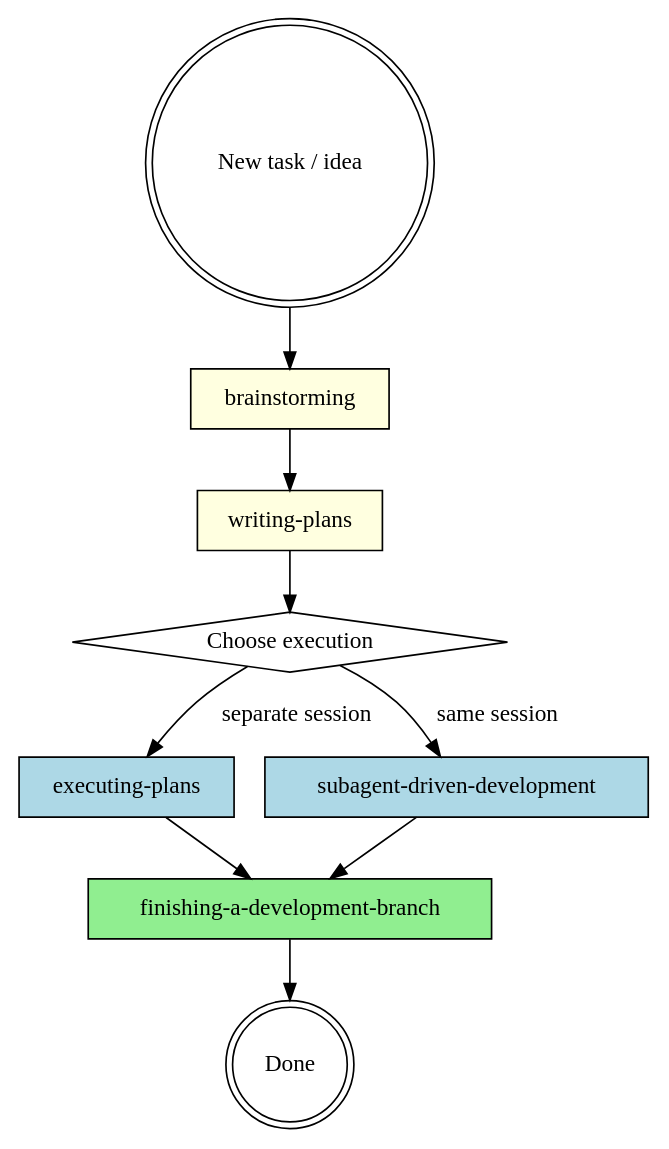
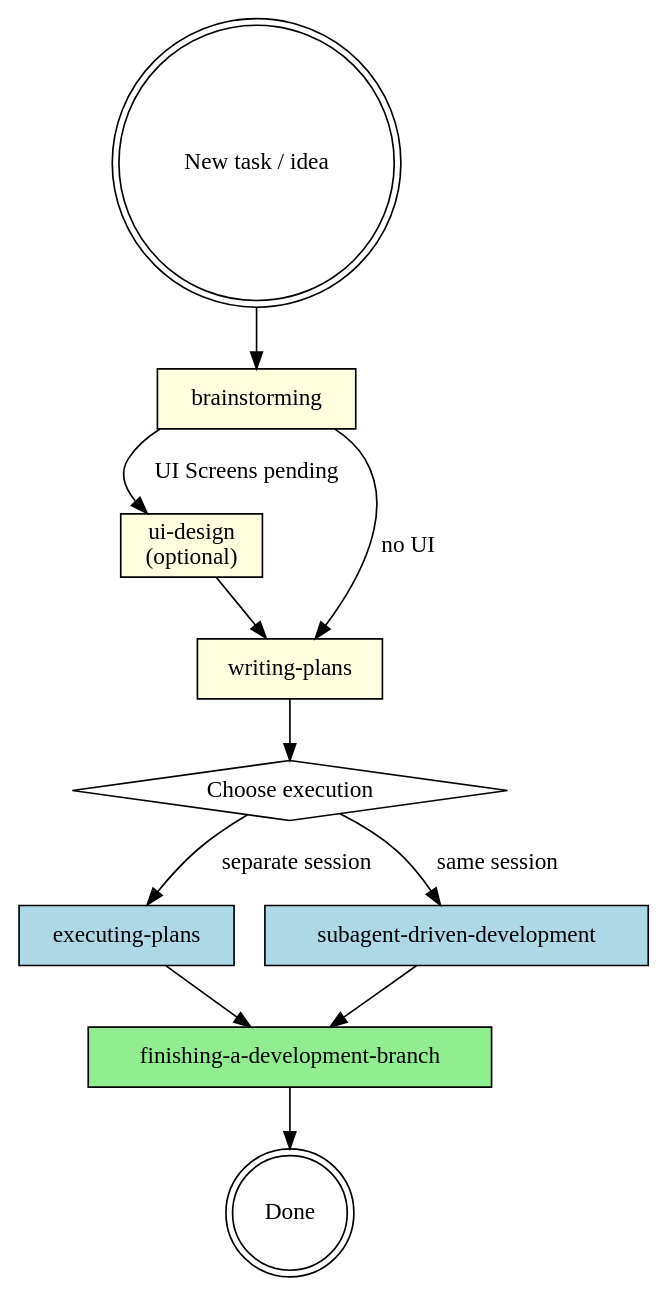
One commit to Kodria/agentic-workflow changed the diagram in registry/skills/development-process/SKILL.md. Above: the diagram before and after it, drawn with Graphviz. The commit also changed other lines of this file, not shown here.

Commit message:
feat: add ui-design phase to development process orchestrator

````diff
--- a/registry/skills/development-process/SKILL.md
+++ b/registry/skills/development-process/SKILL.md
@@ -16,23 +16,26 @@
 ```dot
 digraph lifecycle {
     rankdir=TB;
-    
+
     "New task / idea" [shape=doublecircle];
     "brainstorming" [shape=box, style=filled, fillcolor=lightyellow];
+    "ui-design" [shape=box, style=filled, fillcolor=lightyellow, label="ui-design\n(optional)"];
     "writing-plans" [shape=box, style=filled, fillcolor=lightyellow];
     "Choose execution" [shape=diamond];
     "executing-plans" [shape=box, style=filled, fillcolor=lightblue];
     "subagent-driven-development" [shape=box, style=filled, fillcolor=lightblue];
     "finishing-a-development-branch" [shape=box, style=filled, fillcolor=lightgreen];
     "Done" [shape=doublecircle];
 
     "New task / idea" -> "brainstorming";
-    "brainstorming" -> "writing-plans";
+    "brainstorming" -> "ui-design" [label="UI Screens pending"];
+    "brainstorming" -> "writing-plans" [label="no UI"];
+    "ui-design" -> "writing-plans";
     "writing-plans" -> "Choose execution";
     "Choose execution" -> "executing-plans" [label="separate session"];
     "Choose execution" -> "subagent-driven-development" [label="same session"];
     "executing-plans" -> "finishing-a-development-branch";
     "subagent-driven-development" -> "finishing-a-development-branch";
     "finishing-a-development-branch" -> "Done";
 }
 ```
````
